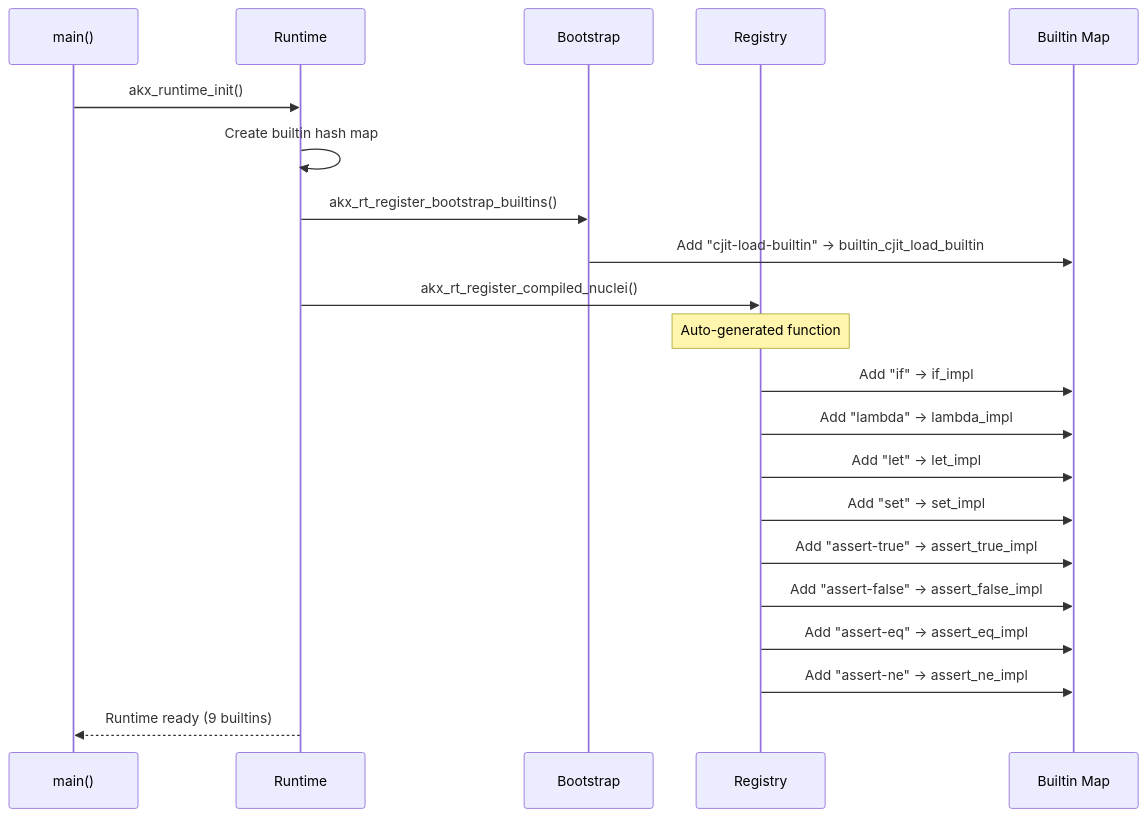
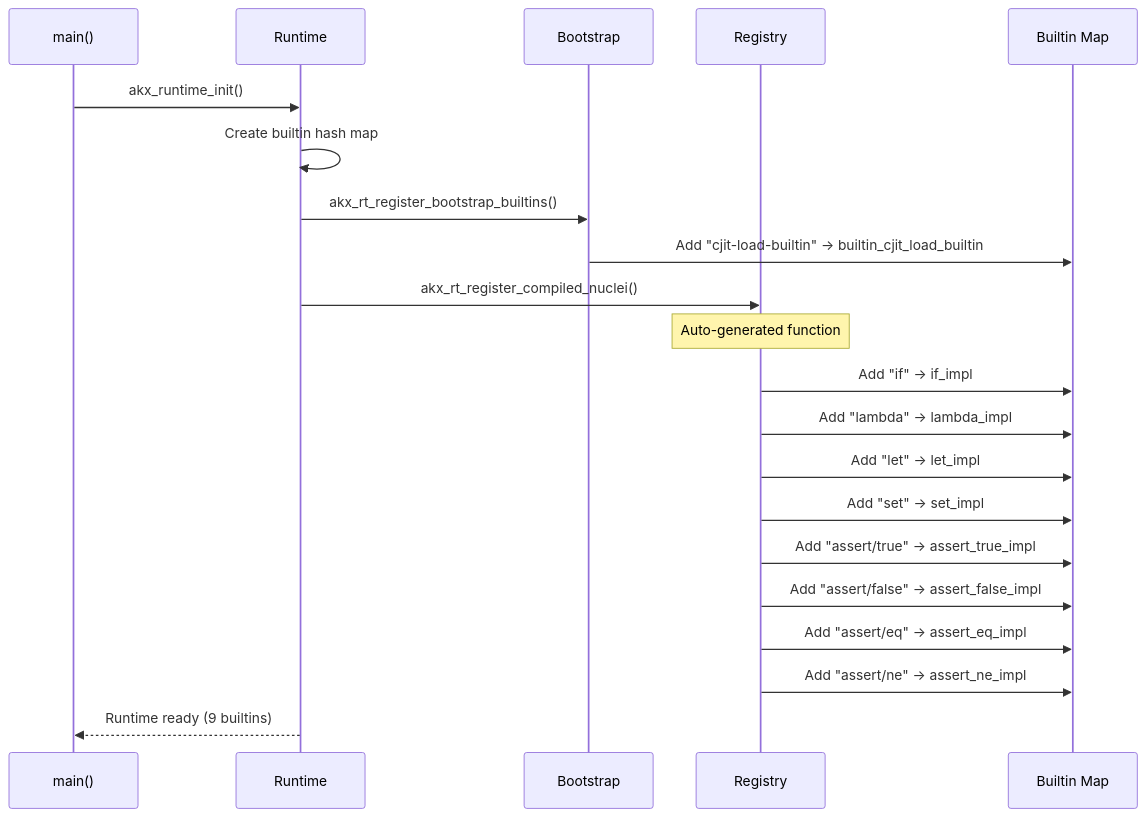
Before and after one commit to bosley/akx: the fourth of 9 diagrams in nucleus/model.md, drawn with Mermaid. The commit also changed 30 other files, not shown here.

````diff
--- a/nucleus/model.md
+++ b/nucleus/model.md
@@ -121,28 +121,28 @@
 ```mermaid
 sequenceDiagram
     participant Main as main()
     participant RT as Runtime
     participant Boot as Bootstrap
     participant Reg as Registry
     participant Map as Builtin Map
     
     Main->>RT: akx_runtime_init()
     RT->>RT: Create builtin hash map
     
     RT->>Boot: akx_rt_register_bootstrap_builtins()
     Boot->>Map: Add "cjit-load-builtin" → builtin_cjit_load_builtin
     
     RT->>Reg: akx_rt_register_compiled_nuclei()
     Note over Reg: Auto-generated function
     
     Reg->>Map: Add "if" → if_impl
     Reg->>Map: Add "lambda" → lambda_impl
     Reg->>Map: Add "let" → let_impl
     Reg->>Map: Add "set" → set_impl
-    Reg->>Map: Add "assert-true" → assert_true_impl
-    Reg->>Map: Add "assert-false" → assert_false_impl
-    Reg->>Map: Add "assert-eq" → assert_eq_impl
-    Reg->>Map: Add "assert-ne" → assert_ne_impl
+    Reg->>Map: Add "assert/true" → assert_true_impl
+    Reg->>Map: Add "assert/false" → assert_false_impl
+    Reg->>Map: Add "assert/eq" → assert_eq_impl
+    Reg->>Map: Add "assert/ne" → assert_ne_impl
     
     RT-->>Main: Runtime ready (9 builtins)
 ```
````
